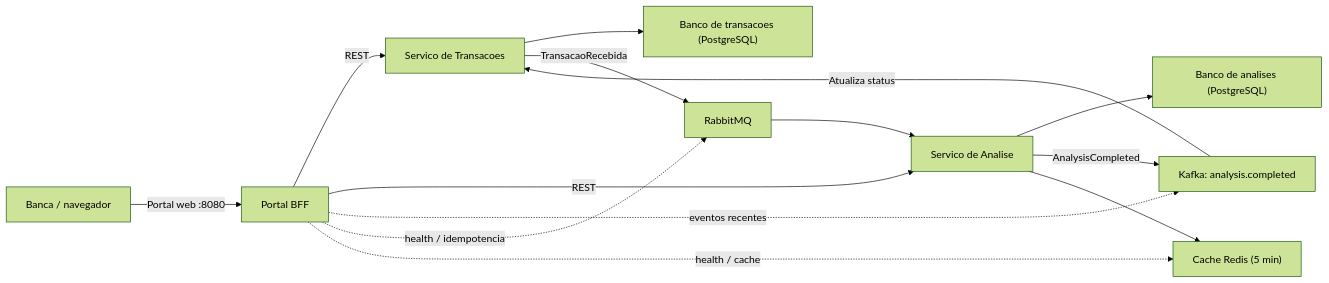
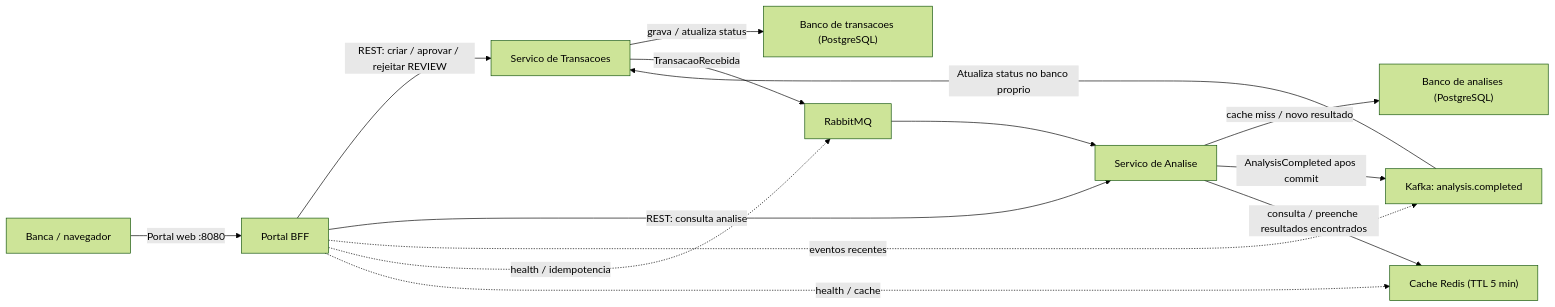
One commit to JTBCode86/antifraude-simplificado changed the diagram in README.md. Above: the diagram before and after it, drawn with Mermaid (forest theme). The commit also changed other lines of this file and 2 other files, not shown here.

Commit message:
docs: detalha fluxo e atualiza diagrama

````diff
--- a/README.md
+++ b/README.md
@@ -34,16 +34,16 @@
 ```mermaid
 flowchart LR
     Cliente["Banca / navegador"] -->|"Portal web :8080"| P["Portal BFF"]
-    P -->|"REST"| T["Servico de Transacoes"]
-    T --> DB1["Banco de transacoes (PostgreSQL)"]
+    P -->|"REST: criar / aprovar / rejeitar REVIEW"| T["Servico de Transacoes"]
+    T -->|"grava / atualiza status"| DB1["Banco de transacoes (PostgreSQL)"]
     T -->|"TransacaoRecebida"| Q["RabbitMQ"]
     Q --> A["Servico de Analise"]
-    A --> DB2["Banco de analises (PostgreSQL)"]
-    A -->|"AnalysisCompleted"| K["Kafka: analysis.completed"]
-    K -->|"Atualiza status"| T
-    P -->|"REST"| A
+    A -->|"cache miss / novo resultado"| DB2["Banco de analises (PostgreSQL)"]
+    A -->|"AnalysisCompleted apos commit"| K["Kafka: analysis.completed"]
+    K -->|"Atualiza status no banco proprio"| T
+    P -->|"REST: consulta analise"| A
     P -.->|"eventos recentes"| K
     P -.->|"health / idempotencia"| Q
     P -.->|"health / cache"| C
-    A --> C["Cache Redis (5 min)"]
+    A -->|"consulta / preenche resultados encontrados"| C["Cache Redis (TTL 5 min)"]
 ```
````
